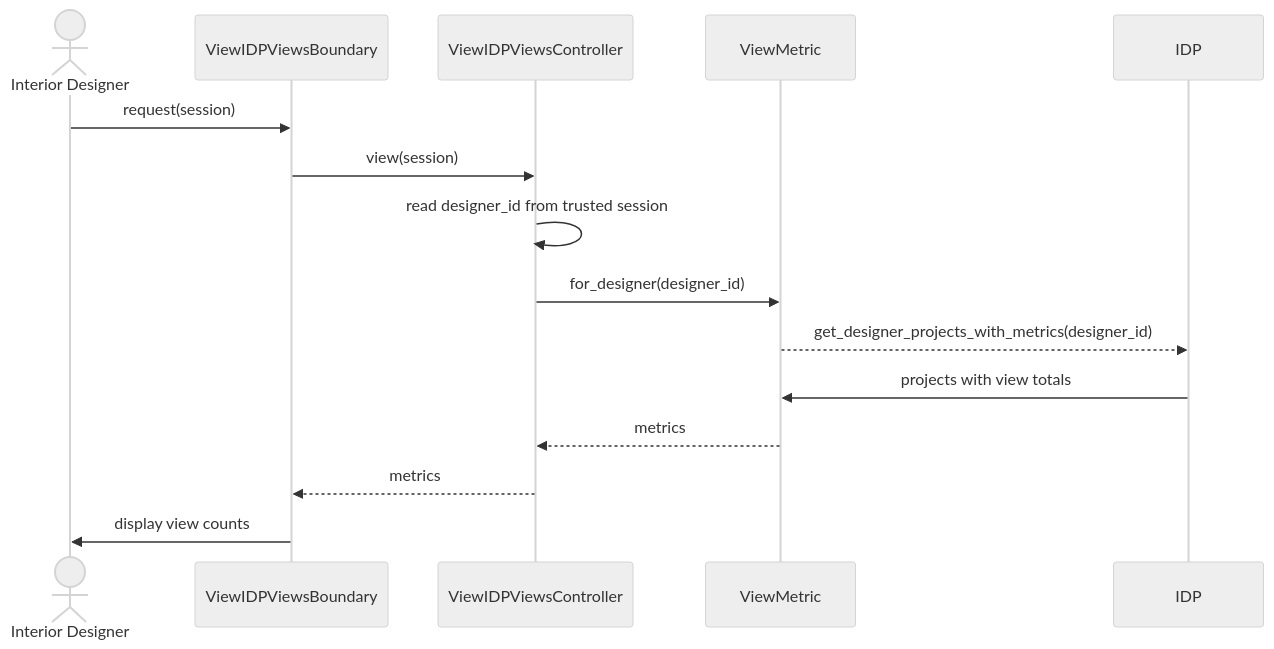
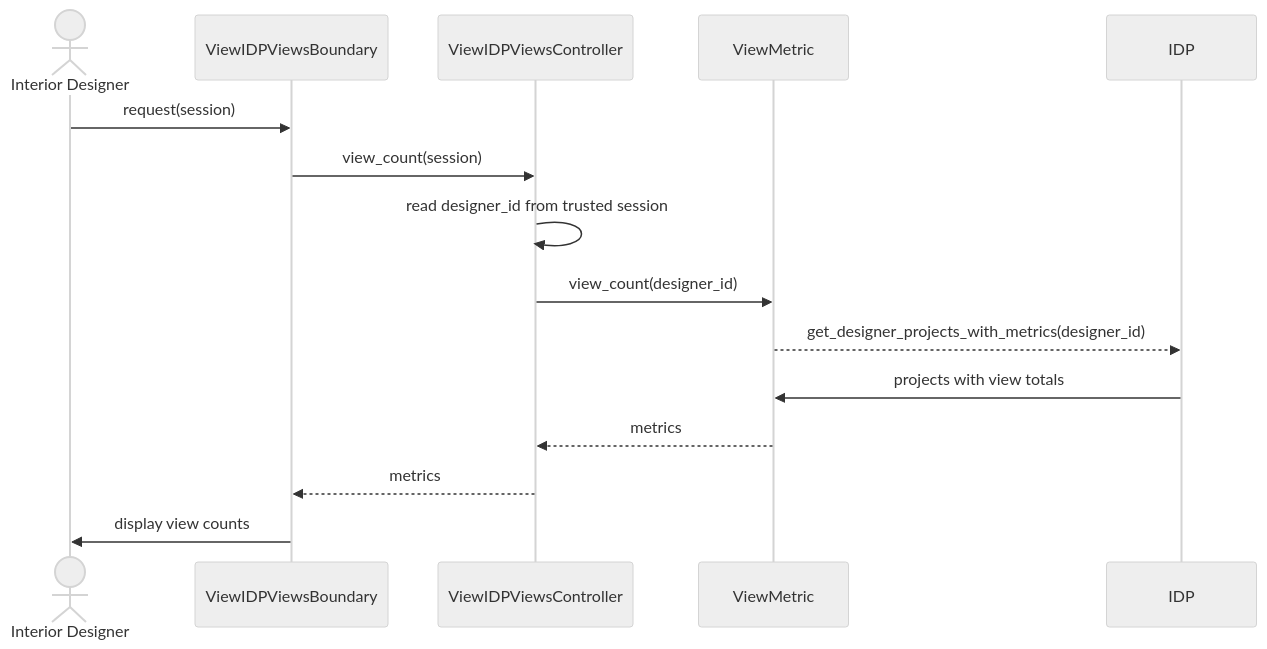
One commit to boyinapuddle/CSIT314-Chinese changed the second of 2 diagrams in diagrams/US37_View_IDP_View_Count/README.md. Above: the diagram before and after it, drawn with Mermaid (neutral theme). The commit also changed other lines of this file and 140 other files, not shown here.

````diff
--- a/diagrams/US37_View_IDP_View_Count/README.md
+++ b/diagrams/US37_View_IDP_View_Count/README.md
@@ -23,17 +23,17 @@
 ```mermaid
 sequenceDiagram
     actor P0 as Interior Designer
     participant P1 as ViewIDPViewsBoundary
     participant P2 as ViewIDPViewsController
     participant P3 as ViewMetric
     participant P4 as IDP
     P0->>P1: request(session)
-    P1->>P2: view(session)
+    P1->>P2: view_count(session)
     P2->>P2: read designer_id from trusted session
-    P2->>P3: for_designer(designer_id)
+    P2->>P3: view_count(designer_id)
     P3-->>P4: get_designer_projects_with_metrics(designer_id)
     P4->>P3: projects with view totals
     P3-->>P2: metrics
     P2-->>P1: metrics
     P1->>P0: display view counts
 ```
````
